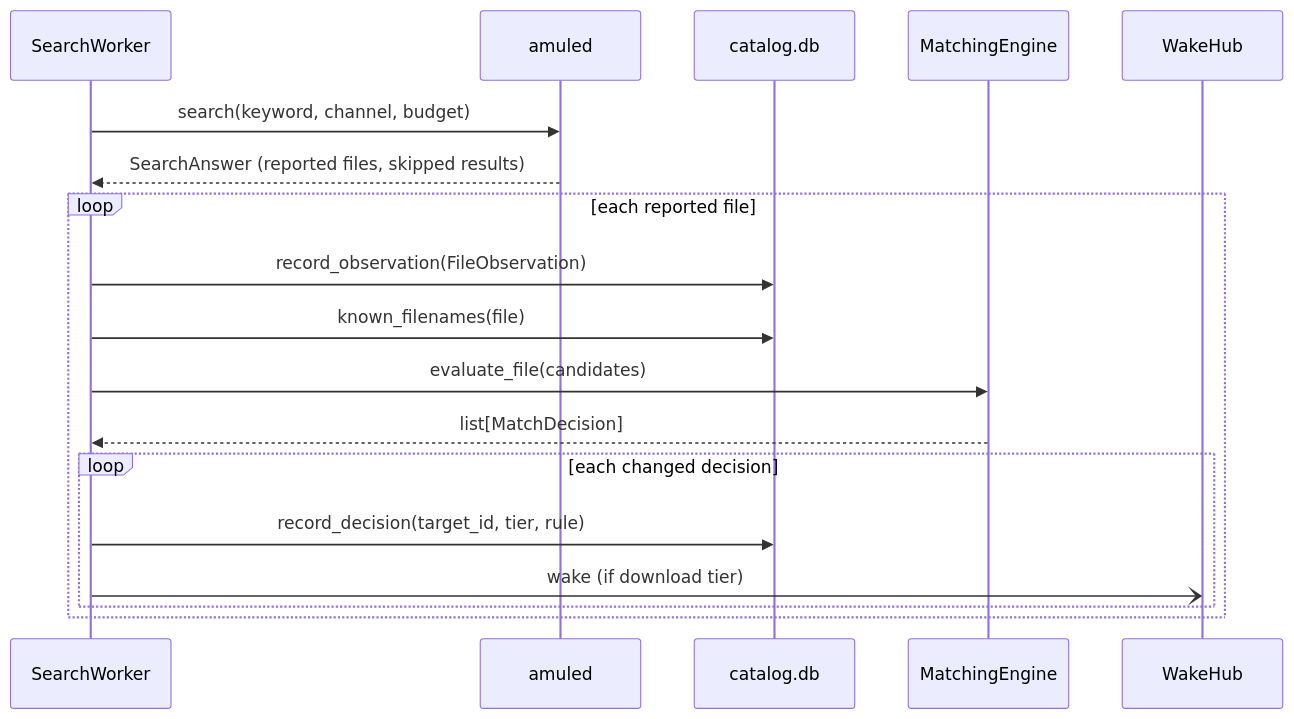
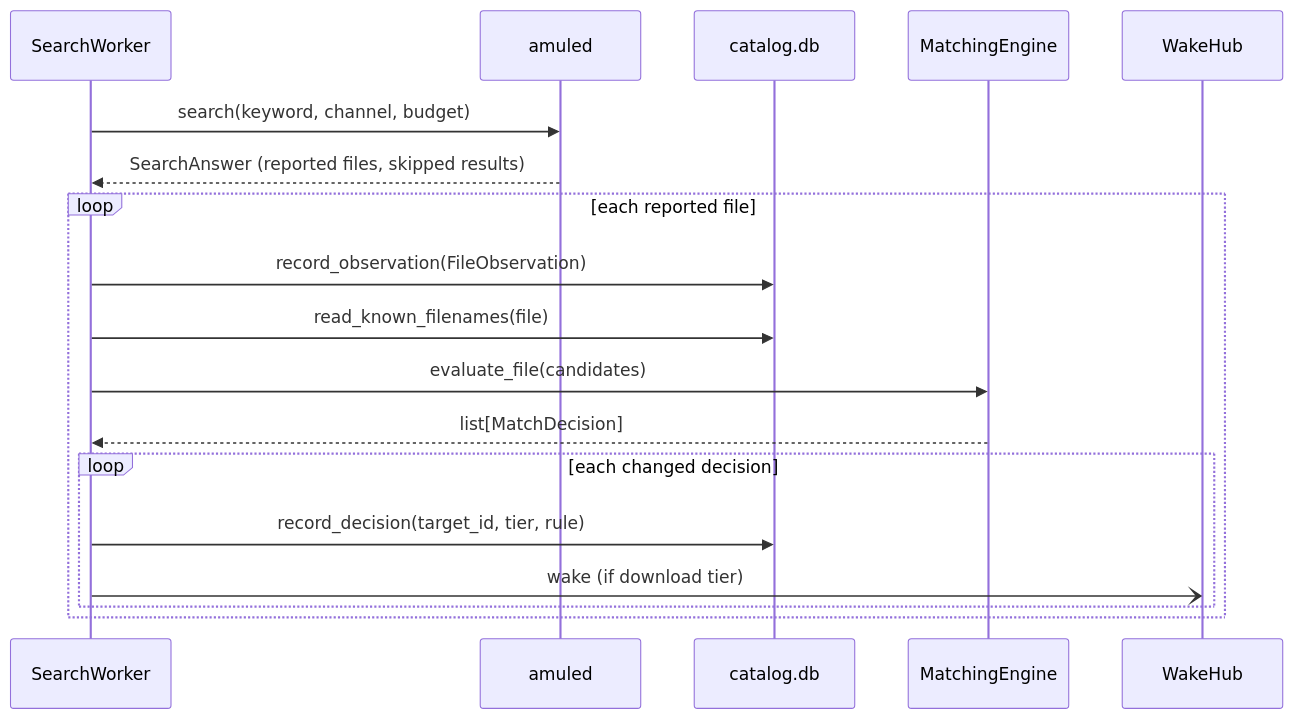
One commit to mission-titar/p2pwatch changed the sixth of 12 diagrams in docs/contributing/architecture.md. Above: the diagram before and after it, drawn with Mermaid. The commit also changed 63 other files, not shown here.

````diff
--- a/docs/contributing/architecture.md
+++ b/docs/contributing/architecture.md
@@ -229,21 +229,21 @@
 ```mermaid
 sequenceDiagram
   participant W as SearchWorker
   participant A as amuled
   participant C as catalog.db
   participant E as MatchingEngine
   participant D as WakeHub
 
   W->>A: search(keyword, channel, budget)
   A-->>W: SearchAnswer (reported files, skipped results)
   loop each reported file
     W->>C: record_observation(FileObservation)
-    W->>C: known_filenames(file)
+    W->>C: read_known_filenames(file)
     W->>E: evaluate_file(candidates)
     E-->>W: list[MatchDecision]
     loop each changed decision
       W->>C: record_decision(target_id, tier, rule)
       W-)D: wake (if download tier)
     end
   end
 ```
````
